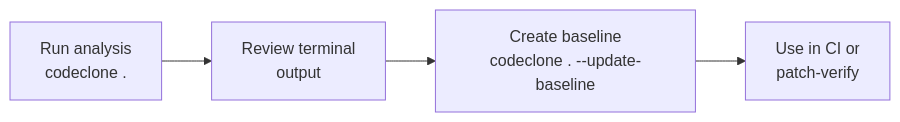
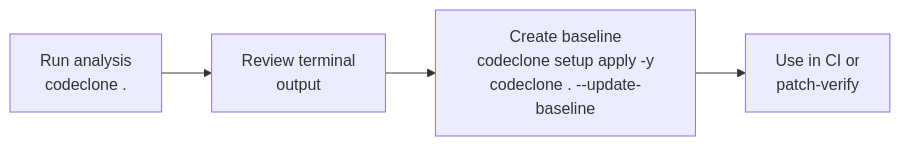
The diagram in docs/guides/first-analysis.md (orenlab/codeclone), drawn with Mermaid before and after one commit. The commit also changed other lines of this file and 5 other files, not shown here.

Commit message:
docs: start the quick start baseline with codeclone setup apply -y and run it as a test

````diff
--- a/docs/guides/first-analysis.md
+++ b/docs/guides/first-analysis.md
@@ -25,6 +25,6 @@
 ```mermaid
 graph LR
     A["Run analysis<br/>codeclone ."] --> B["Review terminal<br/>output"]
-    B --> C["Create baseline<br/>codeclone . --update-baseline"]
+    B --> C["Create baseline<br/>codeclone setup apply -y<br/>codeclone . --update-baseline"]
     C --> D["Use in CI or<br/>patch-verify"]
 ```
````
